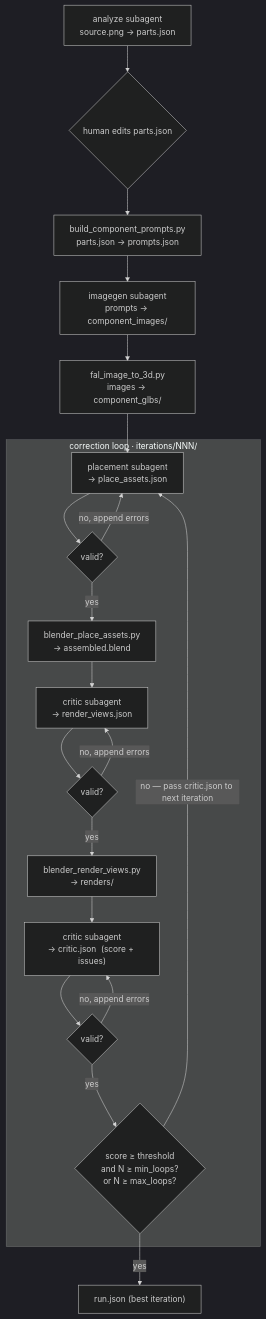
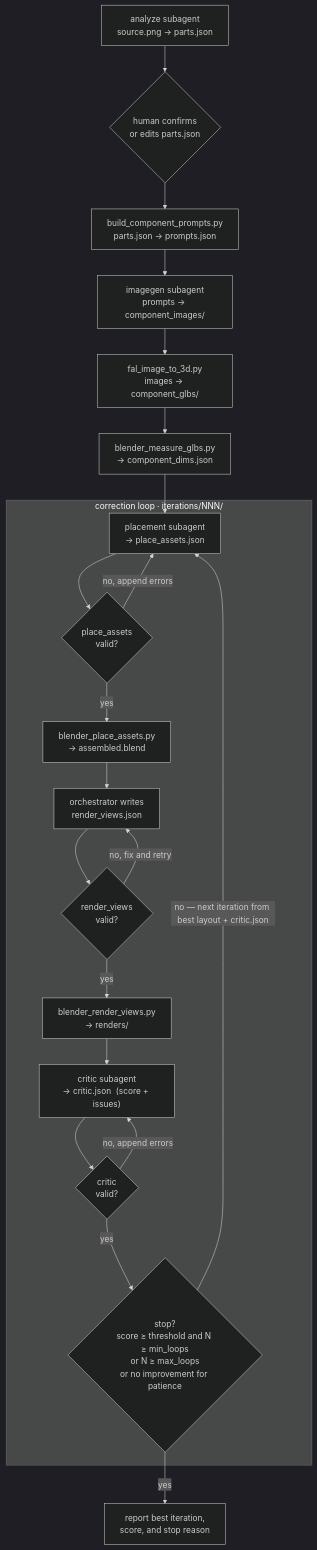
One commit to aakashvarma/dexter changed the diagram in README.md. Above: the diagram before and after it, drawn with Mermaid (dark theme). The commit also changed other lines of this file, not shown here.

Commit message:
docs(architecture): refine system architecture and workflow - add component dimension measurement step - clarify iteration loop and stop conditions - provide OpenCode CLI run instructions

````diff
--- a/README.md
+++ b/README.md
@@ -9,25 +10,27 @@
 ```mermaid
 flowchart TD
-    analyze["analyze subagent\nsource.png → parts.json"] --> gate{"human edits parts.json"}
+    analyze["analyze subagent\nsource.png → parts.json"] --> gate{"human confirms\nor edits parts.json"}
     gate --> prompts["build_component_prompts.py\nparts.json → prompts.json"]
     prompts --> imagegen["imagegen subagent\nprompts → component_images/"]
     imagegen --> fal["fal_image_to_3d.py\nimages → component_glbs/"]
-    fal --> place["placement subagent\n→ place_assets.json"]
+    fal --> measure["blender_measure_glbs.py\n→ component_dims.json"]
+
+    measure --> place["placement subagent\n→ place_assets.json"]
 
     subgraph loop ["correction loop  ·  iterations/NNN/"]
-        place --> vplace{"valid?"}
+        place --> vplace{"place_assets\nvalid?"}
         vplace -->|no, append errors| place
         vplace -->|yes| assemble["blender_place_assets.py\n→ assembled.blend"]
-        assemble --> renderplan["critic subagent\n→ render_views.json"]
-        renderplan --> vrender{"valid?"}
-        vrender -->|no, append errors| renderplan
+        assemble --> renderplan["orchestrator writes\nrender_views.json"]
+        renderplan --> vrender{"render_views\nvalid?"}
+        vrender -->|no, fix and retry| renderplan
         vrender -->|yes| render["blender_render_views.py\n→ renders/"]
         render --> critique["critic subagent\n→ critic.json  (score + issues)"]
-        critique --> vcrit{"valid?"}
+        critique --> vcrit{"critic\nvalid?"}
         vcrit -->|no, append errors| critique
-        vcrit -->|yes| decide{"score ≥ threshold\nand N ≥ min_loops?\nor N ≥ max_loops?"}
-        decide -->|no — pass critic.json to next iteration| place
+        vcrit -->|yes| decide{"stop?\nscore ≥ threshold and N ≥ min_loops\nor N ≥ max_loops\nor no improvement for patience"}
+        decide -->|no — next iteration from best layout + critic.json| place
     end
 
-    decide -->|yes| done["run.json  (best iteration)"]
+    decide -->|yes| done["report best iteration,\nscore, and stop reason"]
 ```
````
